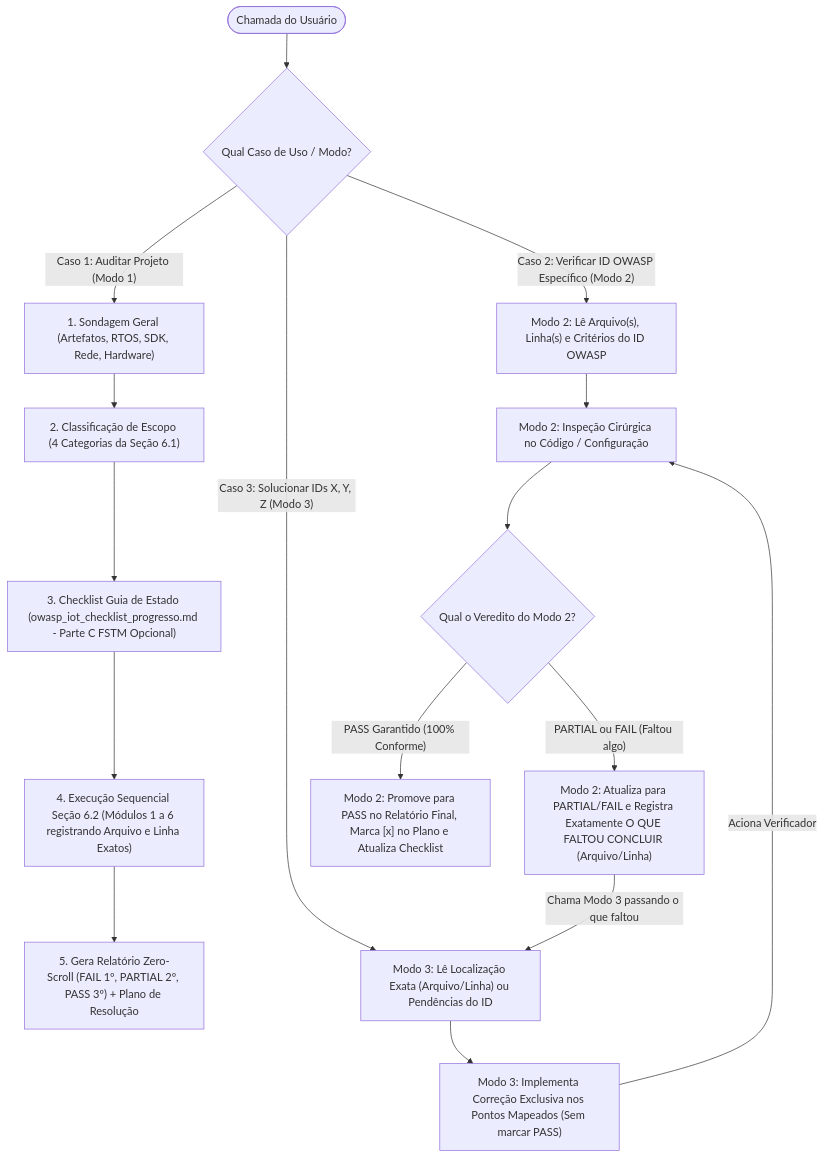
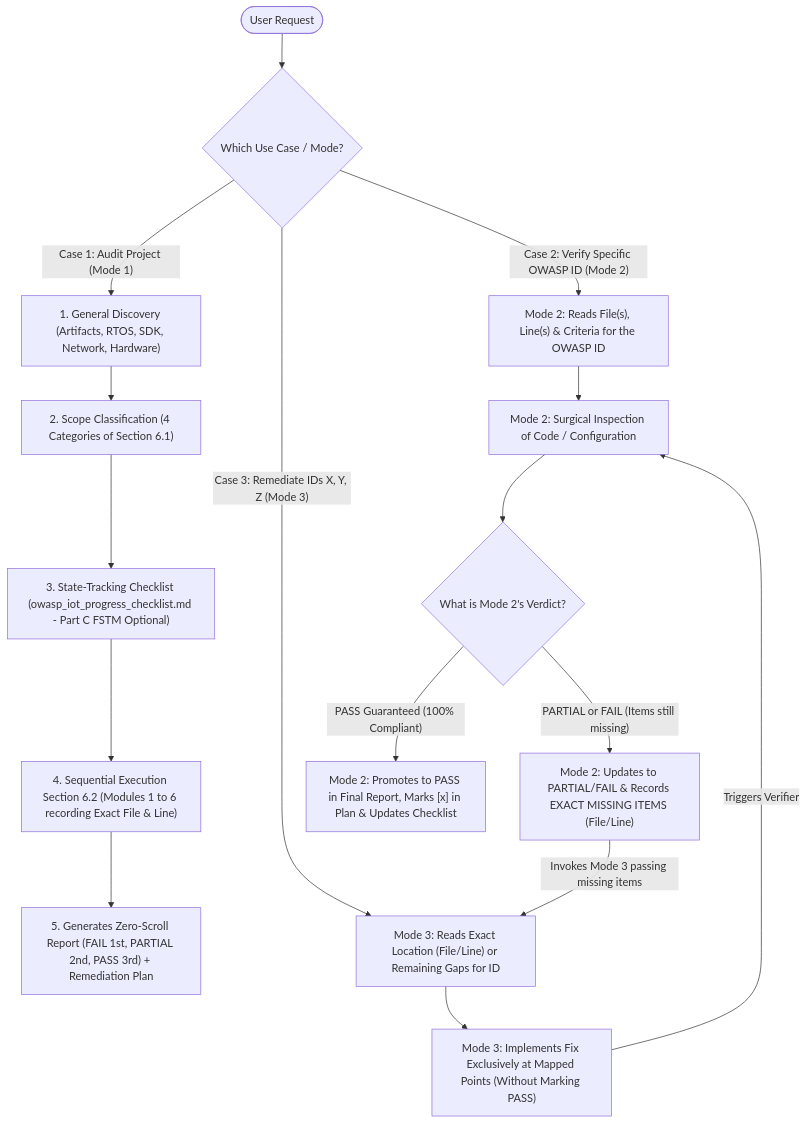
The first of 4 diagrams in .agents/skills/owasp-iot-auditor/SKILL.md (BrunoReiff/embed-sec-auditor), drawn with Mermaid before and after one commit. The commit also changed other lines of this file and 9 other files, not shown here.

````diff
--- a/.agents/skills/owasp-iot-auditor/SKILL.md
+++ b/.agents/skills/owasp-iot-auditor/SKILL.md
@@ -27,28 +27,28 @@
 ```mermaid
 flowchart TD
-    USER(["Chamada do Usuário"]) --> ROUTER{"Qual Caso de Uso / Modo?"}
+    USER(["User Request"]) --> ROUTER{"Which Use Case / Mode?"}
 
-    %% CASO DE USO 1: MODO 1
-    ROUTER -->|"Caso 1: Auditar Projeto (Modo 1)"| M1_E1["1. Sondagem Geral (Artefatos, RTOS, SDK, Rede, Hardware)"]
-    M1_E1 --> M1_E2["2. Classificação de Escopo (4 Categorias da Seção 6.1)"]
-    M1_E2 --> M1_E3["3. Checklist Guia de Estado (owasp_iot_checklist_progresso.md - Parte C FSTM Opcional)"]
-    M1_E3 --> M1_E4["4. Execução Sequencial Seção 6.2 (Módulos 1 a 6 registrando Arquivo e Linha Exatos)"]
-    M1_E4 --> M1_E5["5. Gera Relatório Zero-Scroll (FAIL 1º, PARTIAL 2º, PASS 3º) + Plano de Resolução"]
+    %% USE CASE 1: MODE 1
+    ROUTER -->|"Case 1: Audit Project (Mode 1)"| M1_E1["1. General Discovery (Artifacts, RTOS, SDK, Network, Hardware)"]
+    M1_E1 --> M1_E2["2. Scope Classification (4 Categories of Section 6.1)"]
+    M1_E2 --> M1_E3["3. State-Tracking Checklist (owasp_iot_progress_checklist.md - Part C FSTM Optional)"]
+    M1_E3 --> M1_E4["4. Sequential Execution Section 6.2 (Modules 1 to 6 recording Exact File & Line)"]
+    M1_E4 --> M1_E5["5. Generates Zero-Scroll Report (FAIL 1st, PARTIAL 2nd, PASS 3rd) + Remediation Plan"]
 
-    %% CASO DE USO 2: MODO 2 (DIRETO OU VIA AGENTE EXTERNO)
-    ROUTER -->|"Caso 2: Verificar ID OWASP Específico (Modo 2)"| M2_READ["Modo 2: Lê Arquivo(s), Linha(s) e Critérios do ID OWASP"]
-    M2_READ --> M2_INSP["Modo 2: Inspeção Cirúrgica no Código / Configuração"]
-    M2_INSP --> M2_JUDGE{"Qual o Veredito do Modo 2?"}
+    %% USE CASE 2: MODE 2 (DIRECT OR VIA EXTERNAL AGENT)
+    ROUTER -->|"Case 2: Verify Specific OWASP ID (Mode 2)"| M2_READ["Mode 2: Reads File(s), Line(s) & Criteria for the OWASP ID"]
+    M2_READ --> M2_INSP["Mode 2: Surgical Inspection of Code / Configuration"]
+    M2_INSP --> M2_JUDGE{"What is Mode 2's Verdict?"}
 
-    %% CASO DE USO 3: MODO 3 (RESOLUÇÃO + LOOP FECHADO)
-    ROUTER -->|"Caso 3: Solucionar IDs X, Y, Z (Modo 3)"| M3_LOC["Modo 3: Lê Localização Exata (Arquivo/Linha) ou Pendências do ID"]
-    M3_LOC --> M3_FIX["Modo 3: Implementa Correção Exclusiva nos Pontos Mapeados (Sem marcar PASS)"]
-    M3_FIX -->|"Aciona Verificador"| M2_INSP
+    %% USE CASE 3: MODE 3 (REMEDIATION + CLOSED LOOP)
+    ROUTER -->|"Case 3: Remediate IDs X, Y, Z (Mode 3)"| M3_LOC["Mode 3: Reads Exact Location (File/Line) or Remaining Gaps for ID"]
+    M3_LOC --> M3_FIX["Mode 3: Implements Fix Exclusively at Mapped Points (Without Marking PASS)"]
+    M3_FIX -->|"Triggers Verifier"| M2_INSP
 
-    %% LOOP FECHADO MODO 2 <-> MODO 3
-    M2_JUDGE -->|"PARTIAL ou FAIL (Faltou algo)"| M2_DELTA["Modo 2: Atualiza para PARTIAL/FAIL e Registra Exatamente O QUE FALTOU CONCLUIR (Arquivo/Linha)"]
-    M2_DELTA -->|"Chama Modo 3 passando o que faltou"| M3_LOC
+    %% CLOSED LOOP MODE 2 <-> MODE 3
+    M2_JUDGE -->|"PARTIAL or FAIL (Items still missing)"| M2_DELTA["Mode 2: Updates to PARTIAL/FAIL & Records EXACT MISSING ITEMS (File/Line)"]
+    M2_DELTA -->|"Invokes Mode 3 passing missing items"| M3_LOC
 
-    %% PROMOÇÃO EXCLUSIVA PELO MODO 2
-    M2_JUDGE -->|"PASS Garantido (100% Conforme)"| M2_PROMOTE["Modo 2: Promove para PASS no Relatório Final, Marca [x] no Plano e Atualiza Checklist"]
+    %% EXCLUSIVE PROMOTION BY MODE 2
+    M2_JUDGE -->|"PASS Guaranteed (100% Compliant)"| M2_PROMOTE["Mode 2: Promotes to PASS in Final Report, Marks [x] in Plan & Updates Checklist"]
 ```
````
